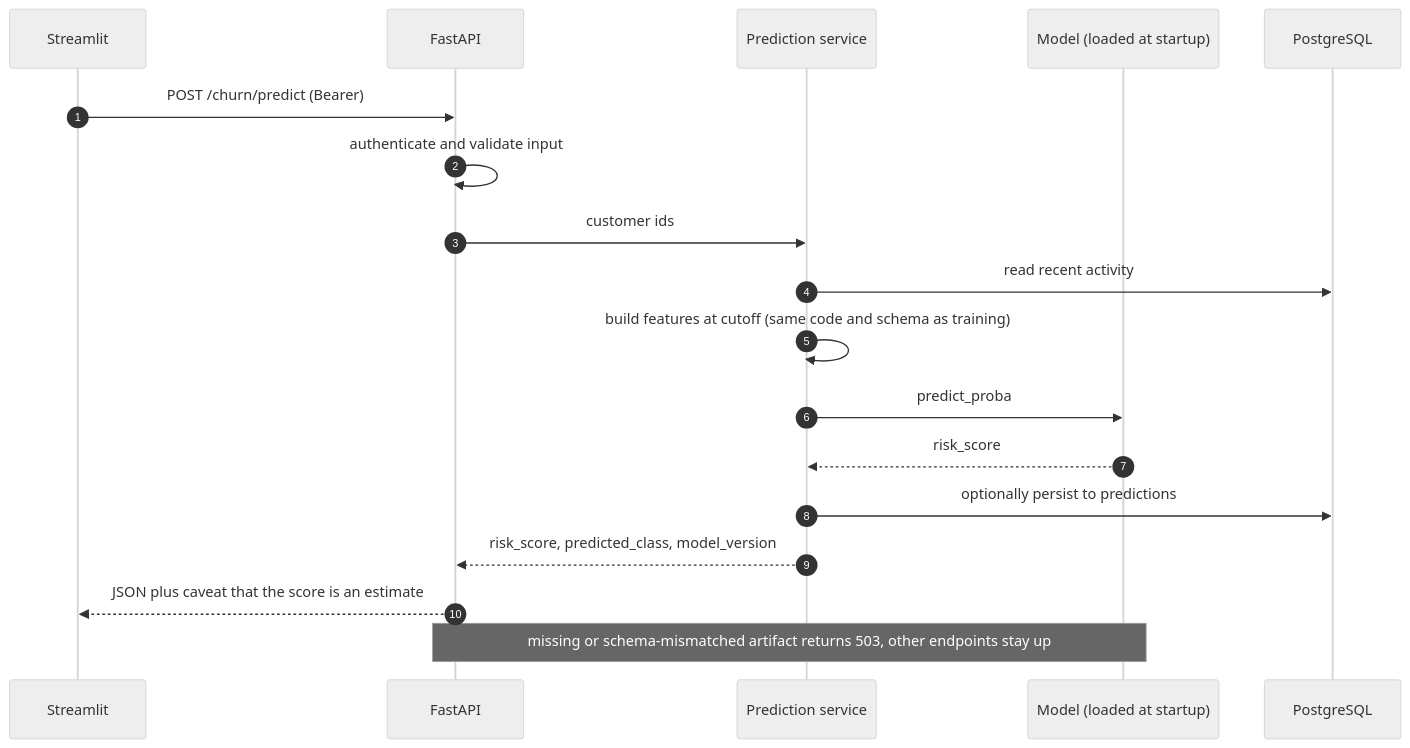
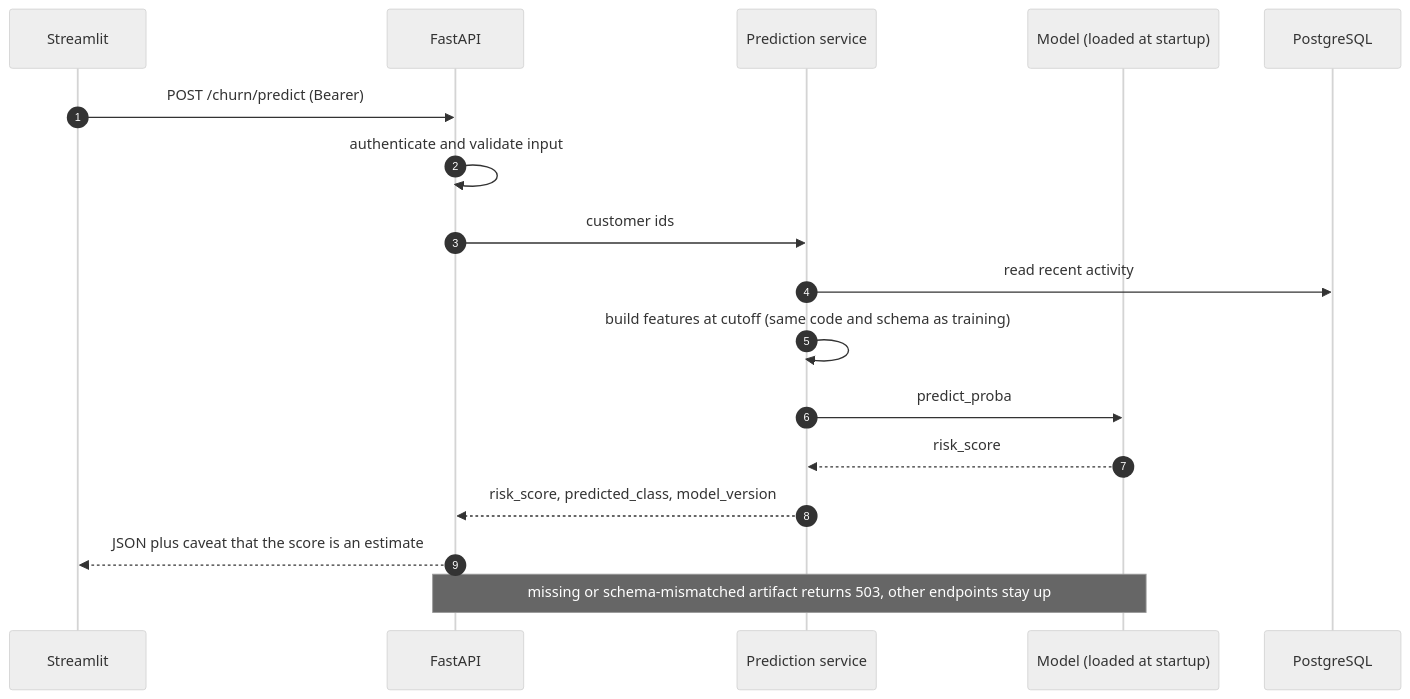
Before and after one commit to yashdiwan12/Churnscope: the fourth of 5 diagrams in docs/04-request-flows.md, drawn with Mermaid (neutral theme). The commit also changed other lines of this file and 31 other files, not shown here.

````diff
--- a/docs/04-request-flows.md
+++ b/docs/04-request-flows.md
@@ -84,20 +86,19 @@
 ```mermaid
 sequenceDiagram
     autonumber
     participant S as Streamlit
     participant R as FastAPI
     participant P as Prediction service
     participant M as Model (loaded at startup)
     participant DB as PostgreSQL
     S->>R: POST /churn/predict (Bearer)
     R->>R: authenticate and validate input
     R->>P: customer ids
     P->>DB: read recent activity
     P->>P: build features at cutoff (same code and schema as training)
     P->>M: predict_proba
     M-->>P: risk_score
-    P->>DB: optionally persist to predictions
     P-->>R: risk_score, predicted_class, model_version
     R-->>S: JSON plus caveat that the score is an estimate
     Note over R,M: missing or schema-mismatched artifact returns 503, other endpoints stay up
 ```
````
